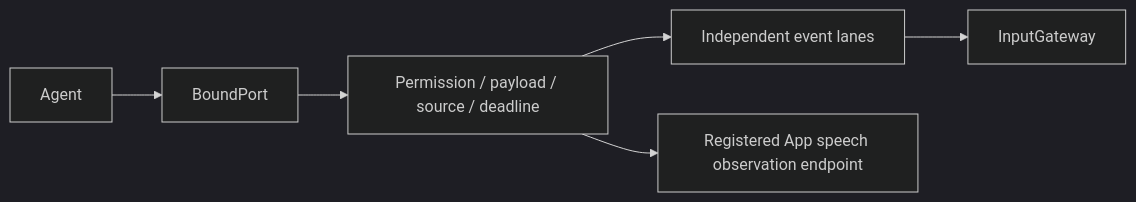
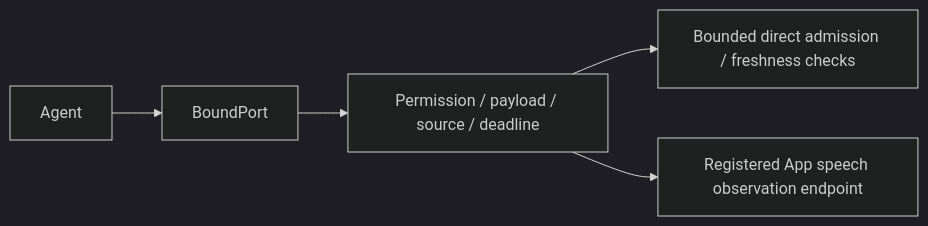
The second of 2 diagrams in MobileHarness/Gateway/Output/README.md (devilyouwei/MobileHarness), drawn with Mermaid (dark theme) before and after one commit. The commit also changed other lines of this file and 40 other files, not shown here.

Commit message:
refactor: replace signal bus with direct gateway admission

````diff
--- a/MobileHarness/Gateway/Output/README.md
+++ b/MobileHarness/Gateway/Output/README.md
@@ -42,7 +42,6 @@
 ```mermaid
 flowchart LR
     Agent --> BoundPort --> Validate[Permission / payload / source / deadline]
-    Validate --> Bus[Independent event lanes]
-    Bus --> InputGateway
+    Validate --> InputGateway[Bounded direct admission / freshness checks]
     Validate --> Observer[Registered App speech observation endpoint]
 ```
````
